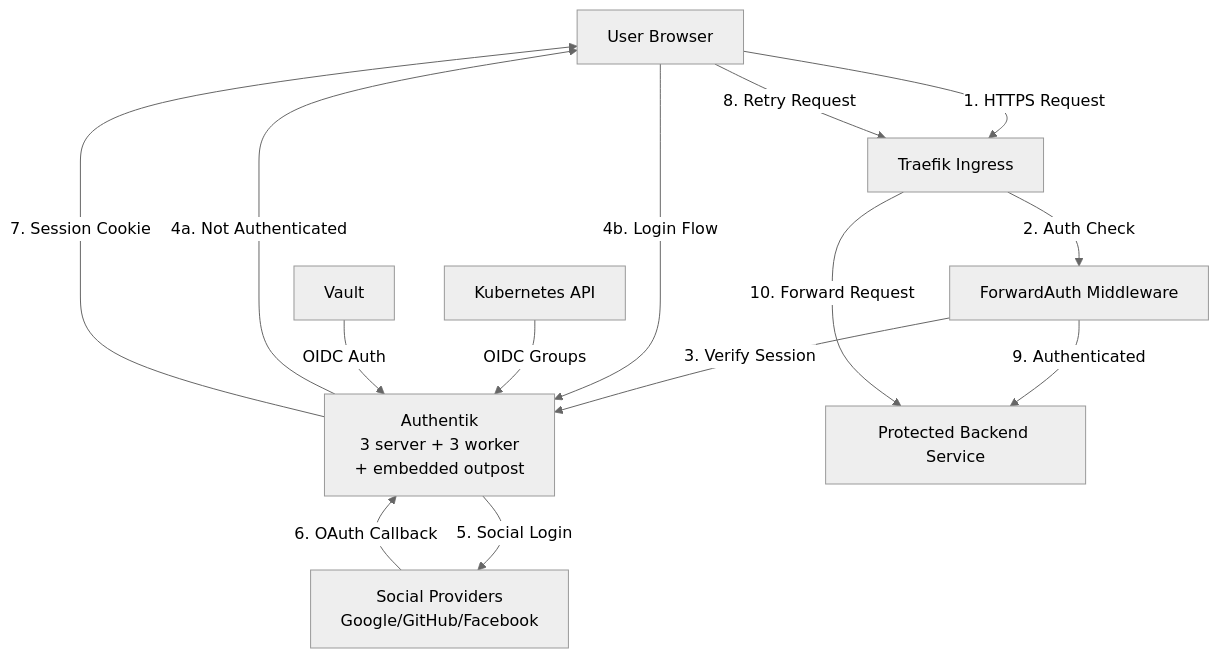
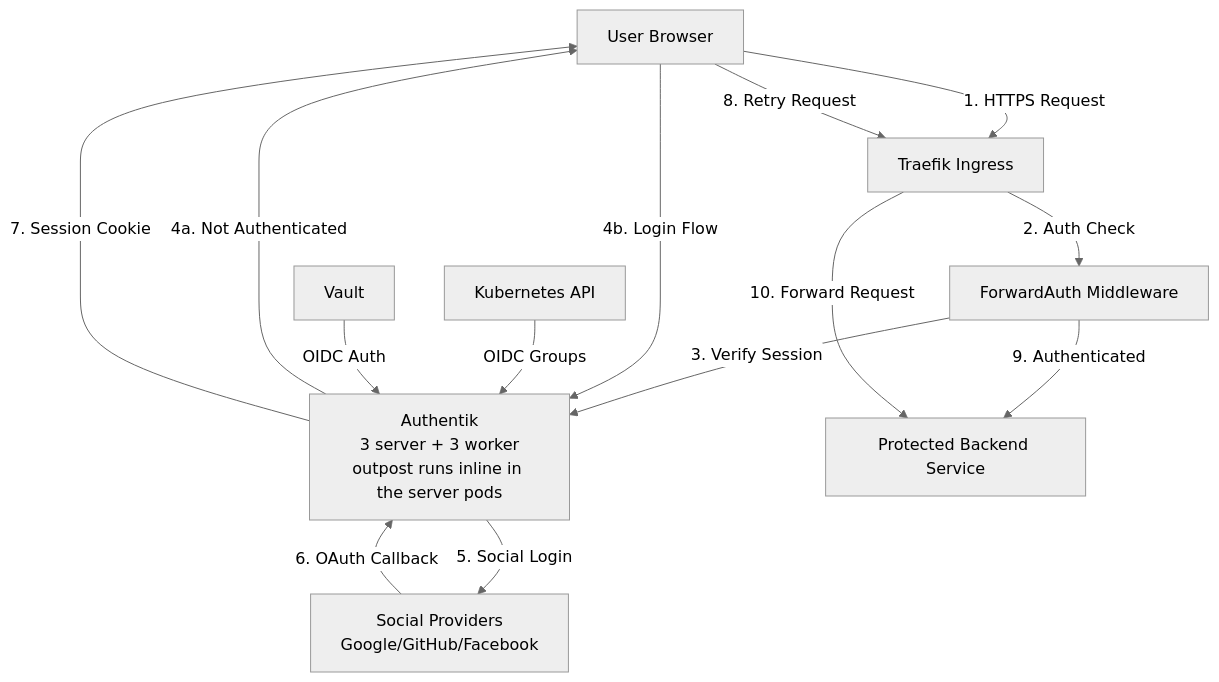
Before and after one commit to ViktorBarzin/infra: the diagram in docs/architecture/authentication.md, drawn with Mermaid (neutral theme). The commit also changed other lines of this file and 3 other files, not shown here.

````diff
--- a/docs/architecture/authentication.md
+++ b/docs/architecture/authentication.md
@@ -9,29 +9,29 @@
 ```mermaid
 graph TB
     User[User Browser]
     Traefik[Traefik Ingress]
     ForwardAuth[ForwardAuth Middleware]
-    Authentik[Authentik<br/>3 server + 3 worker<br/>+ embedded outpost]
+    Authentik[Authentik<br/>3 server + 3 worker<br/>outpost runs inline in the server pods]
     Backend[Protected Backend Service]
 
     Social[Social Providers<br/>Google/GitHub/Facebook]
     K8s[Kubernetes API]
     Vault[Vault]
 
     User -->|1. HTTPS Request| Traefik
     Traefik -->|2. Auth Check| ForwardAuth
     ForwardAuth -->|3. Verify Session| Authentik
 
     Authentik -->|4a. Not Authenticated| User
     User -->|4b. Login Flow| Authentik
     Authentik -->|5. Social Login| Social
     Social -->|6. OAuth Callback| Authentik
     Authentik -->|7. Session Cookie| User
     User -->|8. Retry Request| Traefik
 
     ForwardAuth -->|9. Authenticated| Backend
     Traefik -->|10. Forward Request| Backend
 
     K8s -->|OIDC Groups| Authentik
     Vault -->|OIDC Auth| Authentik
 ```
````
